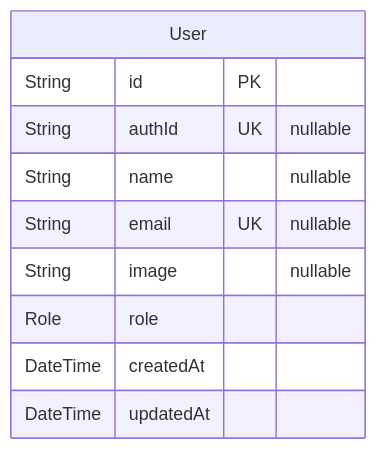
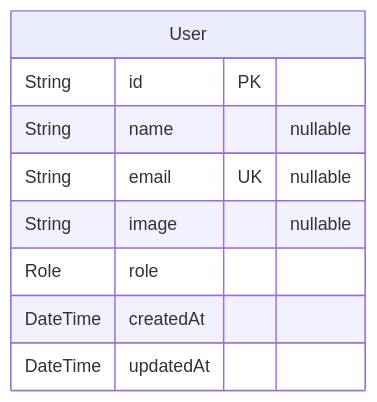
The first of 6 diagrams in packages/db/prisma/README.md (rayven122/tumiki), drawn with Mermaid before and after one commit. The commit also changed other lines of this file and 3 other files, not shown here.

````diff
--- a/packages/db/prisma/README.md
+++ b/packages/db/prisma/README.md
@@ -14,13 +14,12 @@
 ```mermaid
 erDiagram
 "User" {
   String id PK
-  String authId UK "nullable"
   String name "nullable"
   String email UK "nullable"
   String image "nullable"
   Role role
   DateTime createdAt
   DateTime updatedAt
 }
 ```
````
